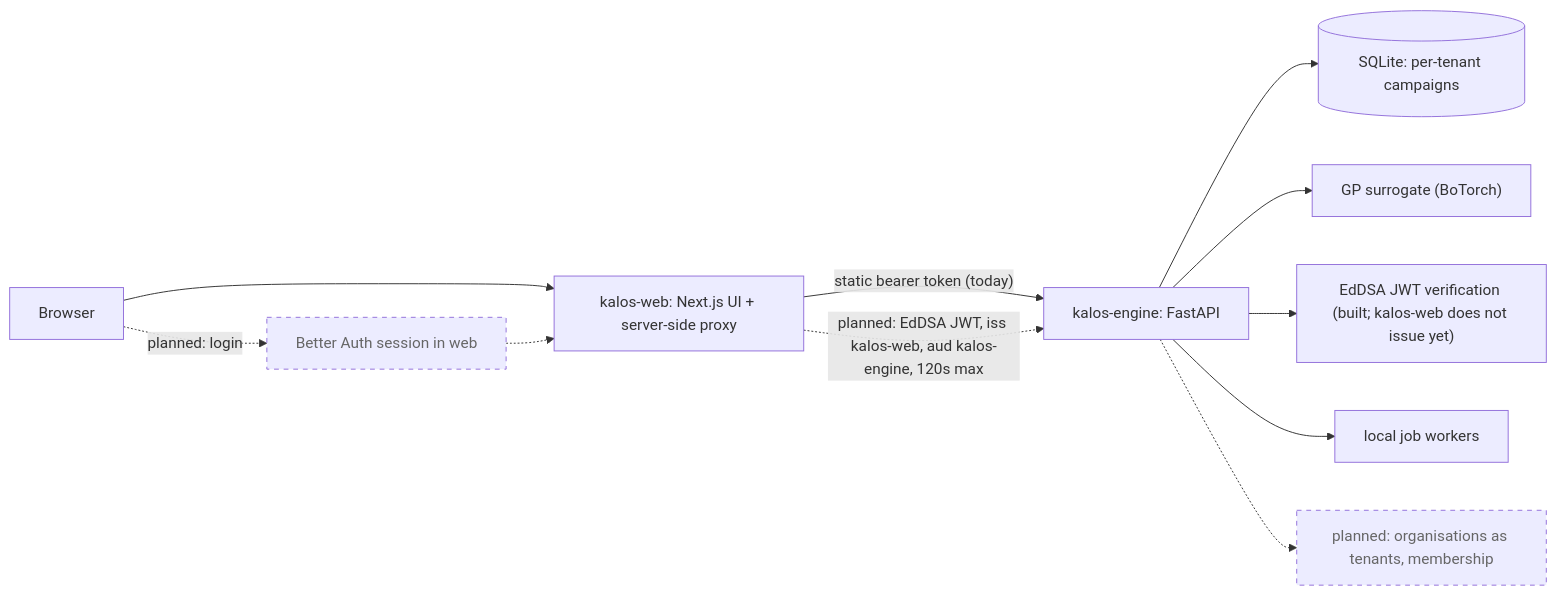
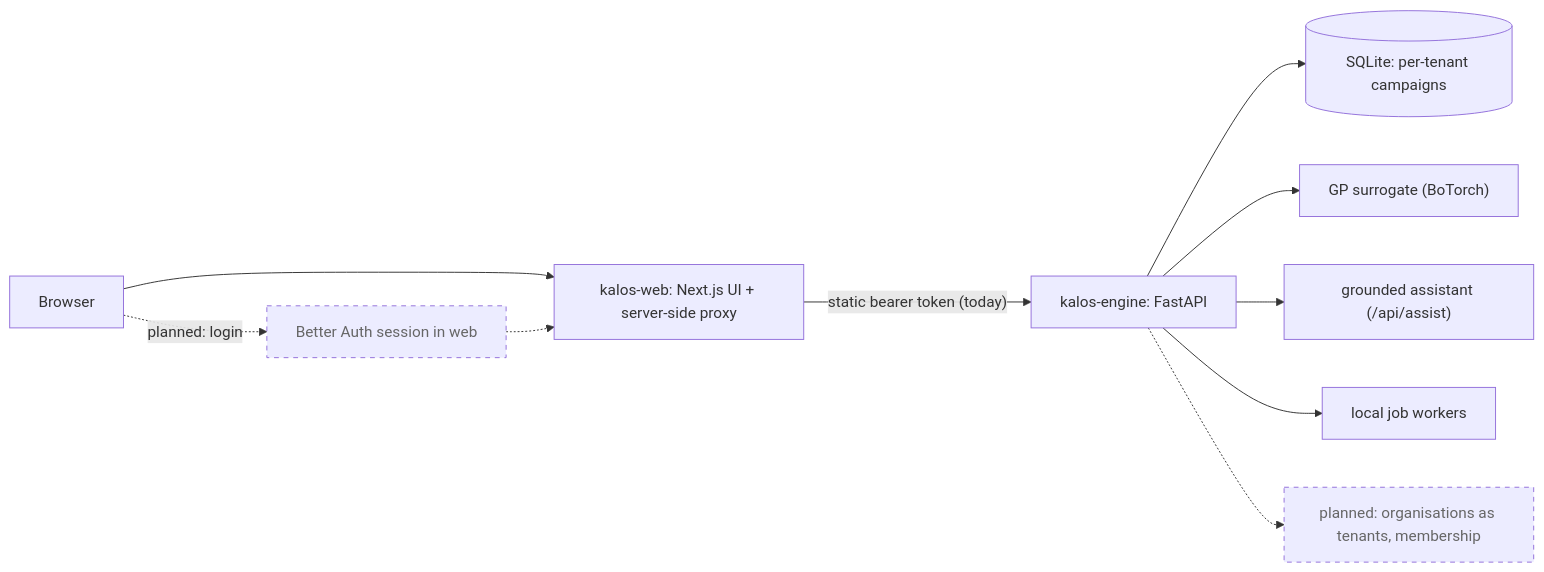
The diagram in README.md (itsbrendandang/kalos-engine), drawn with Mermaid before and after one commit. The commit also changed other lines of this file, not shown here.

First line of the commit message:
docs(readme): remove stale JWT references, surface the merged assistant (#143)

````diff
--- a/README.md
+++ b/README.md
@@ -110,15 +110,14 @@
 ```mermaid
 flowchart LR
   B[Browser] --> W["kalos-web: Next.js UI + server-side proxy"]
   W -->|"static bearer token (today)"| E["kalos-engine: FastAPI"]
   E --> S[("SQLite: per-tenant campaigns")]
   E --> M["GP surrogate (BoTorch)"]
-  E --> V["EdDSA JWT verification (built; kalos-web does not issue yet)"]
+  E --> AS["grounded assistant (/api/assist)"]
   E --> J["local job workers"]
   B -.->|"planned: login"| A["Better Auth session in web"]
   A -.-> W
-  W -.->|"planned: EdDSA JWT, iss kalos-web, aud kalos-engine, 120s max"| E
   E -.-> O["planned: organisations as tenants, membership"]
   classDef planned stroke-dasharray: 5 5,color:#666;
   class A,O planned;
 ```
````
